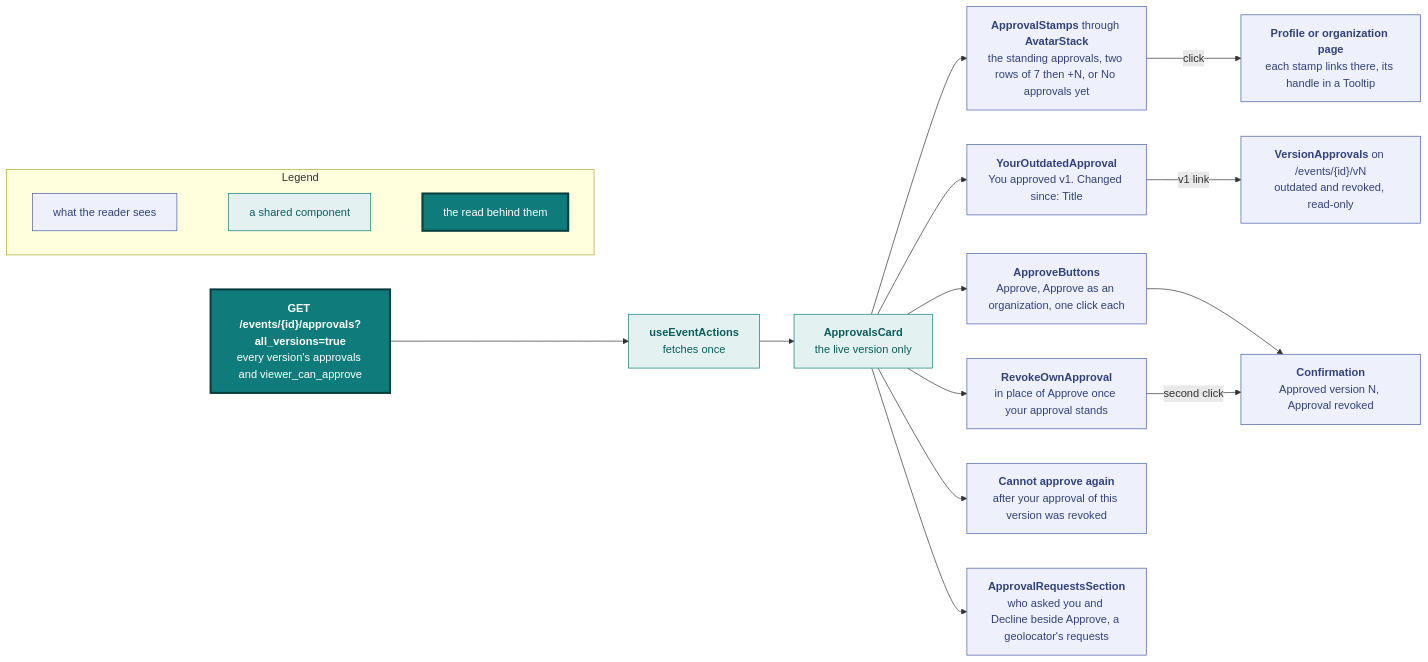
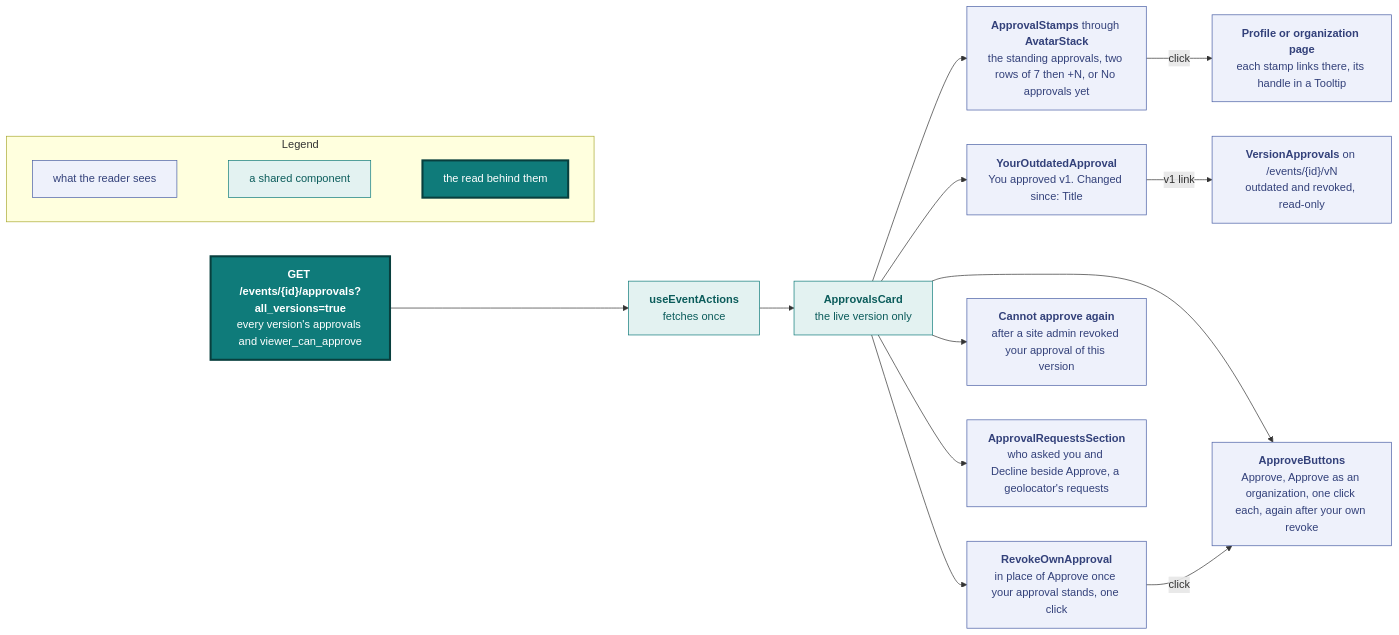
Before and after one commit to vidithq/vidit: the sixth of 11 diagrams in docs/design.md, drawn with Mermaid. The commit also changed other lines of this file and 9 other files, not shown here.

````diff
--- a/docs/design.md
+++ b/docs/design.md
@@ -594,51 +594,48 @@
 ```mermaid
 flowchart LR
   classDef spec fill:#eef1fb,stroke:#4a5fa5,color:#33417a
   classDef shared fill:#e3f2f1,stroke:#0f7b7a,color:#0b5c5b
   classDef core fill:#0f7b7a,stroke:#083f3e,stroke-width:3px,color:#ffffff
 
   subgraph legend [Legend]
     direction LR
     l1["`what the reader sees`"]:::spec
     l2["`a shared component`"]:::shared
     l3["`the read behind them`"]:::core
     l1 ~~~ l2 ~~~ l3
   end
 
   read["`**GET /events/{id}/approvals?all_versions=true**
   every version's approvals and viewer_can_approve`"]:::core
   hook["`**useEventActions**
   fetches once`"]:::shared
   card["`**ApprovalsCard**
   the live version only`"]:::shared
   stamps["`**ApprovalStamps** through **AvatarStack**
   the standing approvals, two rows of 7 then +N, or No approvals yet`"]:::spec
   page["`**Profile or organization page**
   each stamp links there, its handle in a Tooltip`"]:::spec
-  notice["`**Confirmation**
-  Approved version N, Approval revoked`"]:::spec
   own["`**YourOutdatedApproval**
   You approved v1. Changed since: Title`"]:::spec
   approve["`**ApproveButtons**
-  Approve, Approve as an organization, one click each`"]:::spec
+  Approve, Approve as an organization, one click each, again after your own revoke`"]:::spec
   revoke["`**RevokeOwnApproval**
-  in place of Approve once your approval stands`"]:::spec
+  in place of Approve once your approval stands, one click`"]:::spec
   again["`**Cannot approve again**
-  after your approval of this version was revoked`"]:::spec
+  after a site admin revoked your approval of this version`"]:::spec
   requests["`**ApprovalRequestsSection**
   who asked you and Decline beside Approve, a geolocator's requests`"]:::spec
   vn["`**VersionApprovals** on /events/{id}/vN
   outdated and revoked, read-only`"]:::spec
 
   read --> hook --> card
   card --> stamps
   card --> own
   card --> approve
   card --> revoke
   card --> again
   card --> requests
   stamps -->|"click"| page
-  approve --> notice
-  revoke -->|"second click"| notice
+  revoke -->|"click"| approve
   own -->|"v1 link"| vn
 ```
````
